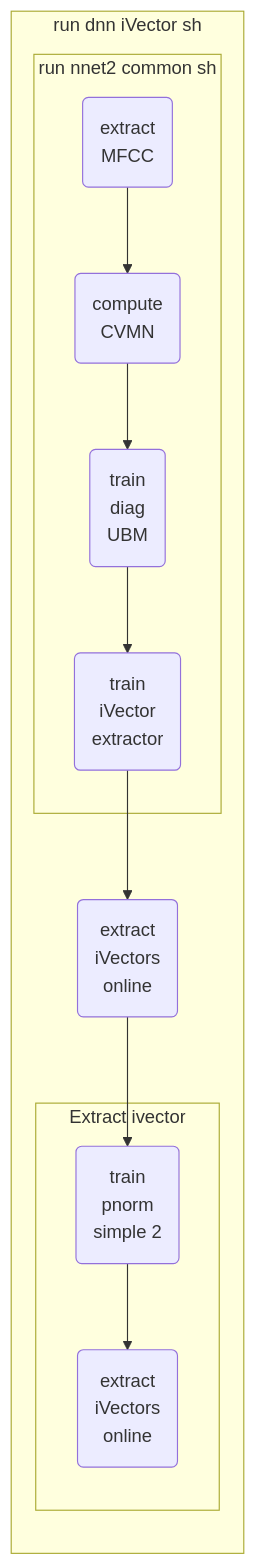
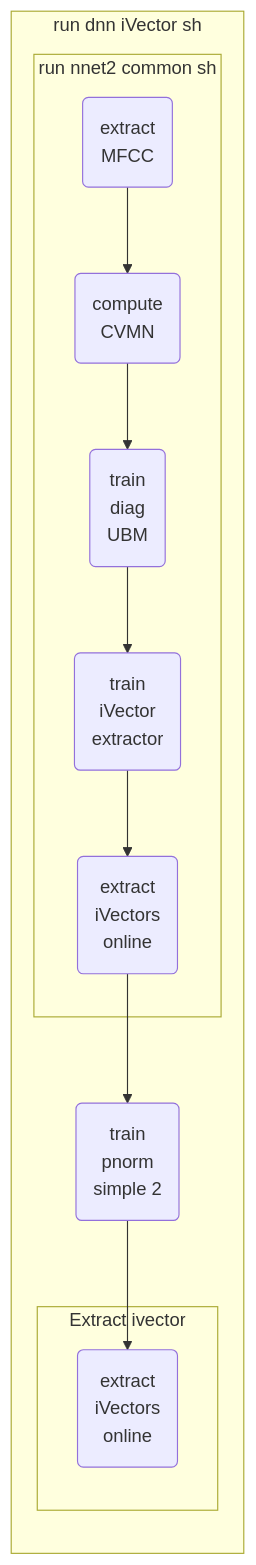
The second of 2 diagrams in README.md (falabrasil/kaldi-br), drawn with Mermaid before and after one commit.

Commit message:
doc: fix dnn flowchart: train_pnorm_simple2 as isolated block

````diff
--- a/README.md
+++ b/README.md
@@ -113,22 +113,22 @@
 ```mermaid
 graph LR;
     A --> B
     B --> C
     C --> D
     D --> E
     E --> F
     F --> G
     subgraph "run dnn iVector sh"
         subgraph "run nnet2 common sh"
             A("extract<br>MFCC")
             B("compute<br>CVMN")
             C("train<br>diag<br>UBM")
             D("train<br>iVector<br>extractor")
+            E("extract<br>iVectors<br>online")
         end
-        E("extract<br>iVectors<br>online")
+        F("train<br>pnorm<br>simple 2")
         subgraph "Extract ivector"
-            F("train<br>pnorm<br>simple 2")
             G("extract<br>iVectors<br>online")
         end
     end
 ```
````
